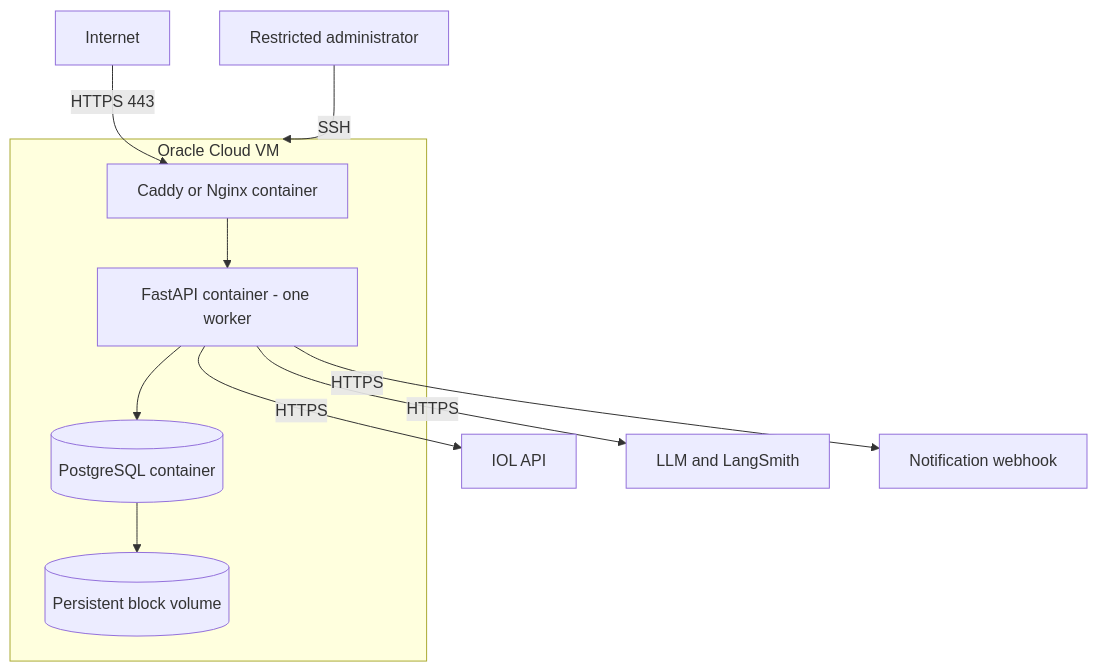
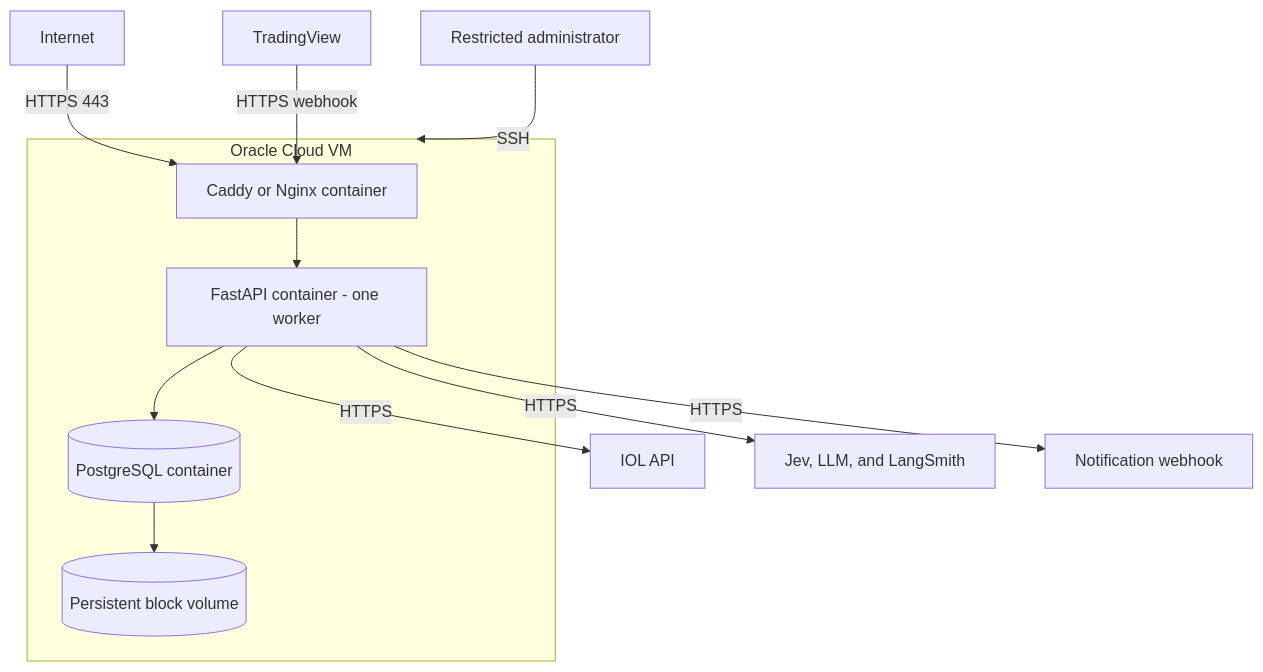
The fourth of 4 diagrams in README.md (joseluismuzikant/ia-trading-broker), drawn with Mermaid before and after one commit. The commit also changed other lines of this file, not shown here.

Commit message:
updating README and models graph

````diff
--- a/README.md
+++ b/README.md
@@ -180,21 +220,22 @@
 ```mermaid README.md
 flowchart TB
     INTERNET[Internet] -->|HTTPS 443| PROXY
 
     subgraph OCI[Oracle Cloud VM]
         PROXY[Caddy or Nginx container]
         API[FastAPI container - one worker]
         DB[(PostgreSQL container)]
         VOL[(Persistent block volume)]
 
         PROXY --> API
         API --> DB
         DB --> VOL
     end
 
     API -->|HTTPS| IOL[IOL API]
-    API -->|HTTPS| AI[LLM and LangSmith]
+    API -->|HTTPS| AI[Jev, LLM, and LangSmith]
+    TV[TradingView] -->|HTTPS webhook| PROXY
     API -->|HTTPS| WEBHOOK[Notification webhook]
 
     ADMIN[Restricted administrator] -->|SSH| OCI
 ```
````
